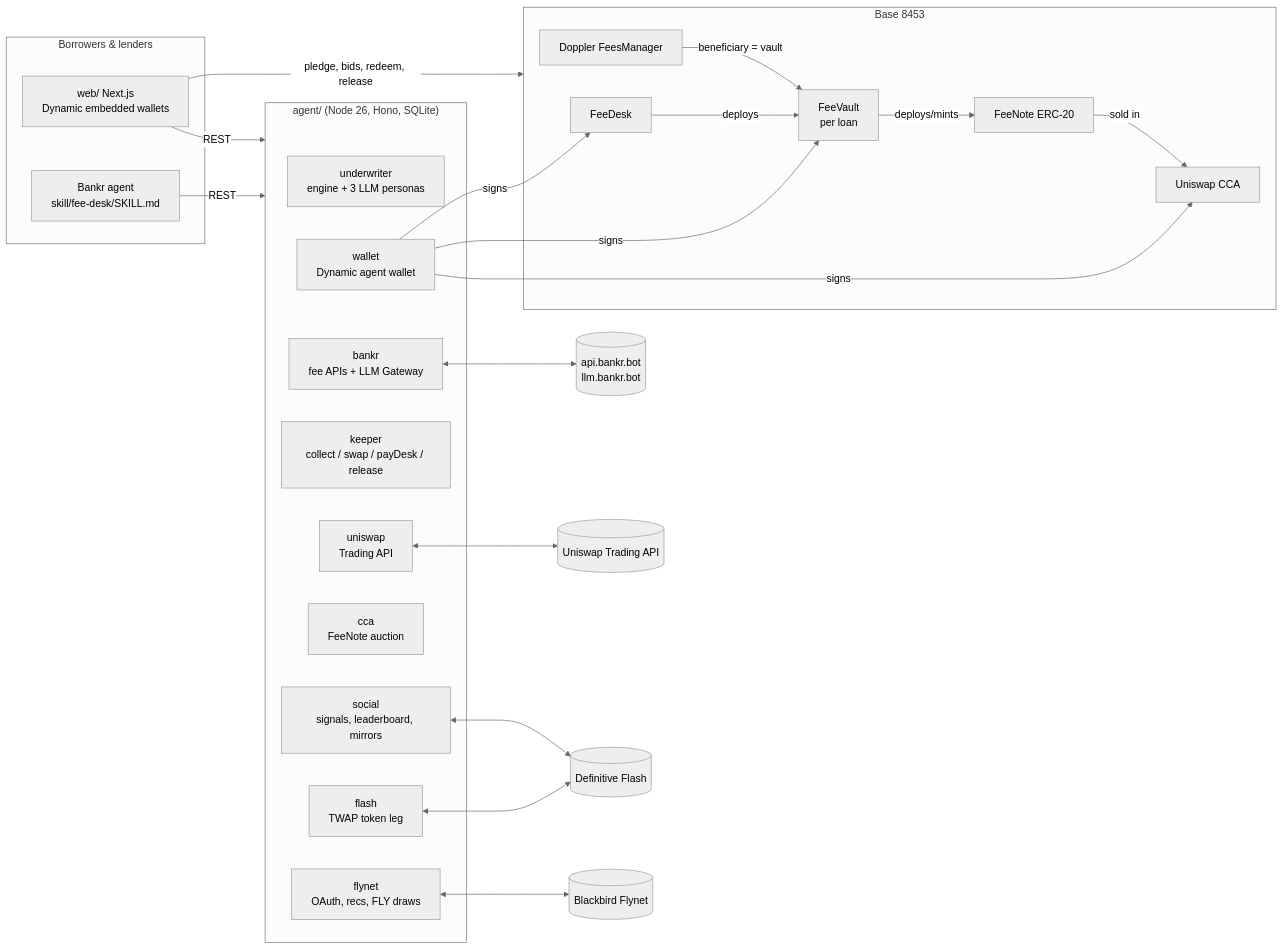
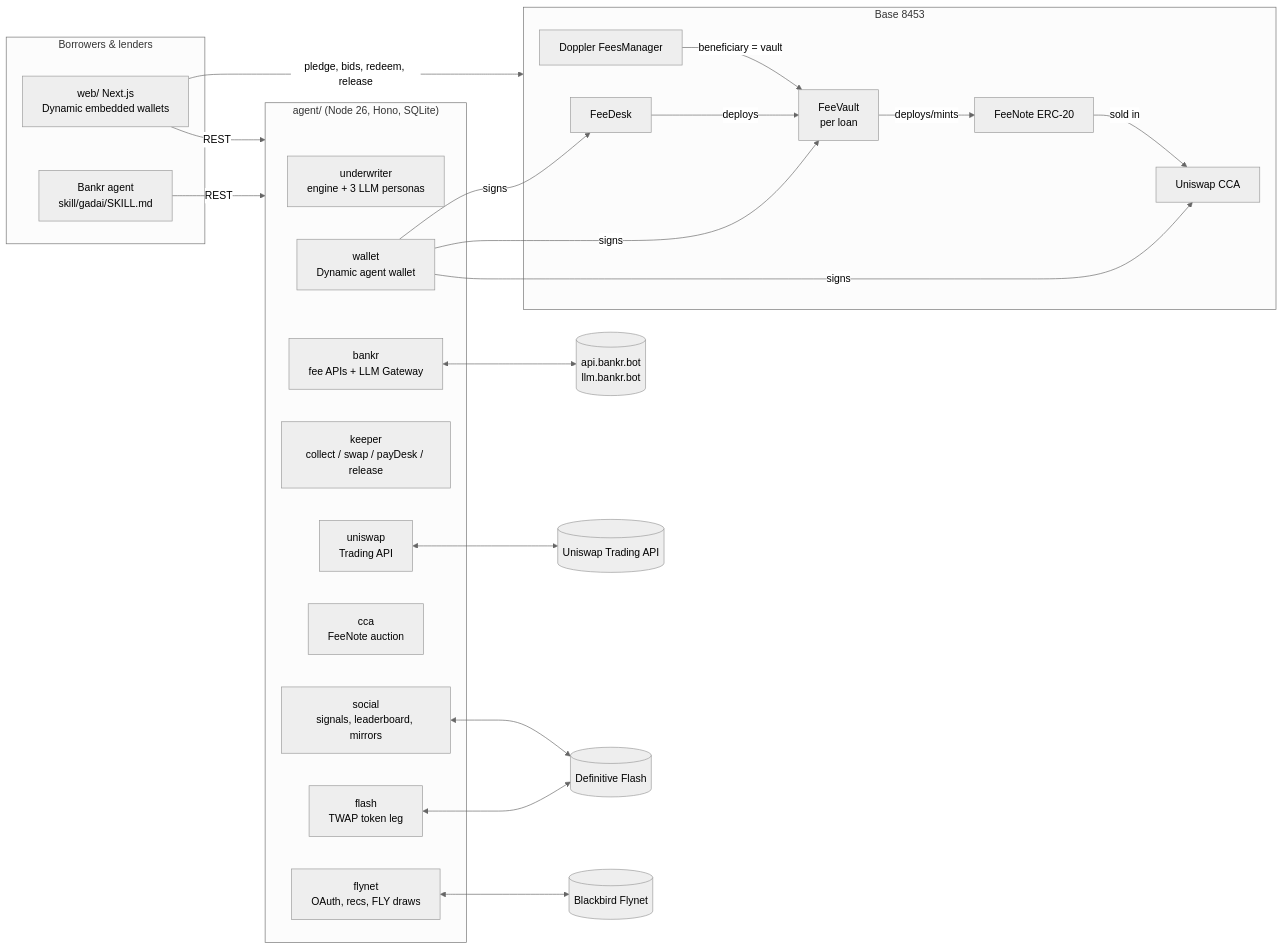
One commit to PugarHuda/gadai changed the first of 2 diagrams in README.md. Above: the diagram before and after it, drawn with Mermaid (neutral theme). The commit also changed other lines of this file and 32 other files, not shown here.

First line of the commit message:
Rename project to Gadai; point skill and docs at PugarHuda/gadai

````diff
--- a/README.md
+++ b/README.md
@@ -25,36 +25,36 @@
 ```mermaid
 flowchart LR
   subgraph Borrowers & lenders
-    BA[Bankr agent<br/>skill/fee-desk/SKILL.md]
+    BA[Bankr agent<br/>skill/gadai/SKILL.md]
     WEB[web/ Next.js<br/>Dynamic embedded wallets]
   end
   subgraph Agent["agent/ (Node 26, Hono, SQLite)"]
     UW[underwriter<br/>engine + 3 LLM personas]
     BK[bankr<br/>fee APIs + LLM Gateway]
     WL[wallet<br/>Dynamic agent wallet]
     KP[keeper<br/>collect / swap / payDesk / release]
     UNI[uniswap<br/>Trading API]
     CCA[cca<br/>FeeNote auction]
     FL[flash<br/>TWAP token leg]
     SO[social<br/>signals, leaderboard, mirrors]
     FN[flynet<br/>OAuth, recs, FLY draws]
   end
   subgraph Base["Base 8453"]
     FD[FeeDesk]
     FV[FeeVault<br/>per loan]
     NOTE[FeeNote ERC-20]
     AUC[Uniswap CCA]
     FM[Doppler FeesManager]
   end
   BA -- REST --> Agent
   WEB -- REST --> Agent
   WEB -- pledge, bids, redeem, release --> Base
   BK <--> BAPI[(api.bankr.bot<br/>llm.bankr.bot)]
   UNI <--> UAPI[(Uniswap Trading API)]
   FL <--> FAPI[(Definitive Flash)]
   SO <--> FAPI
   FN <--> FLY[(Blackbird Flynet)]
   WL -- signs --> FD & FV & AUC
   FD -- deploys --> FV -- deploys/mints --> NOTE -- sold in --> AUC
   FM -- beneficiary = vault --> FV
 ```
````
